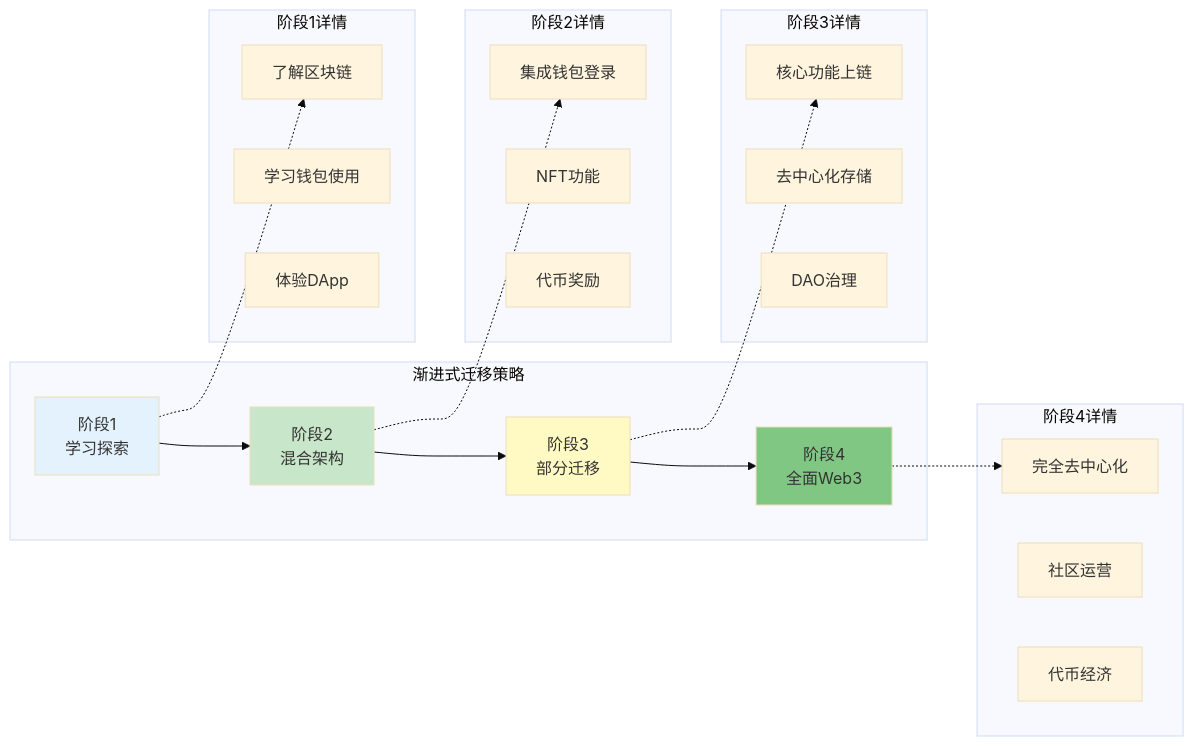
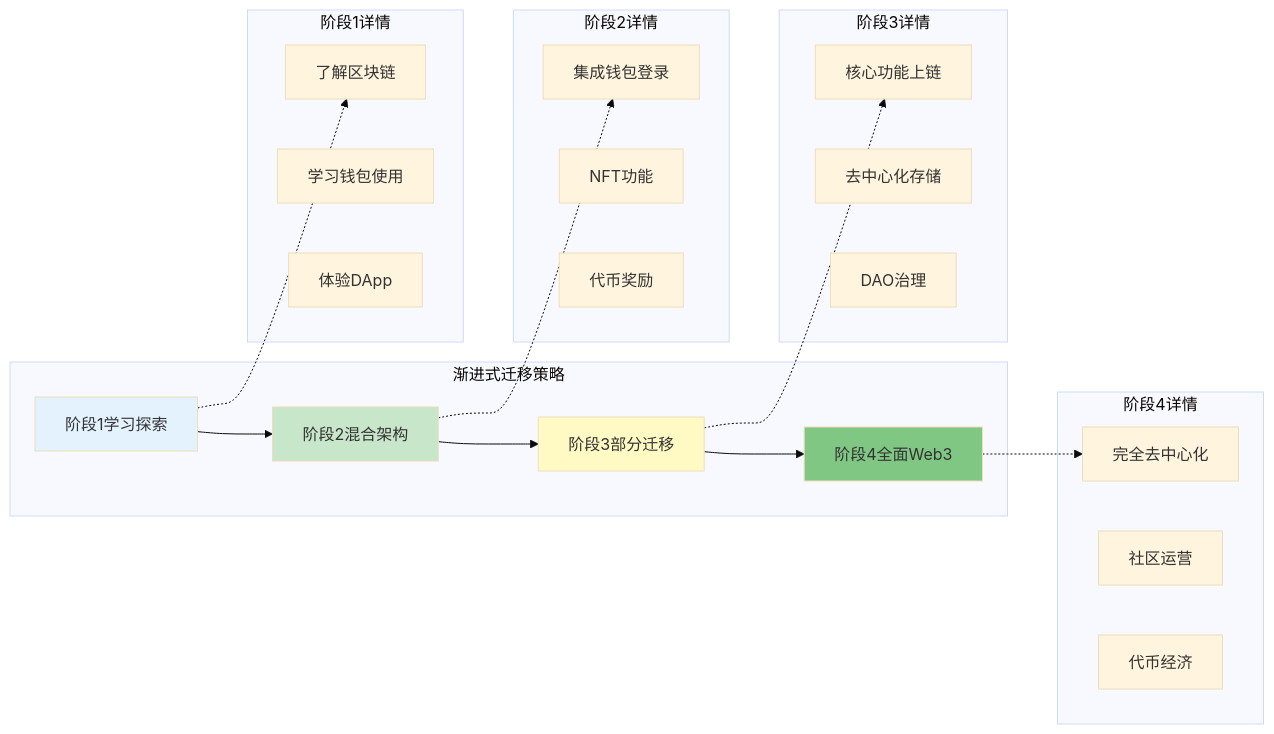
One commit to liuxing95/blog changed diagram 21 of 29 in src/content/posts/web3/web2-vs-web3.md. Above: the diagram before and after it, drawn with Mermaid (base theme). The commit also changed other lines of this file and 3 other files, not shown here.

````diff
--- a/src/content/posts/web3/web2-vs-web3.md
+++ b/src/content/posts/web3/web2-vs-web3.md
@@ -1031,45 +1006,45 @@
 ```mermaid
 graph LR
     subgraph "渐进式迁移策略"
-        Phase1[阶段1<br/>学习探索]
-        Phase2[阶段2<br/>混合架构]
-        Phase3[阶段3<br/>部分迁移]
-        Phase4[阶段4<br/>全面Web3]
+        Phase1[阶段1学习探索]
+        Phase2[阶段2混合架构]
+        Phase3[阶段3部分迁移]
+        Phase4[阶段4全面Web3]
 
         Phase1 --> Phase2 --> Phase3 --> Phase4
     end
 
     subgraph "阶段1详情"
         P1_1[了解区块链]
         P1_2[学习钱包使用]
         P1_3[体验DApp]
     end
 
     subgraph "阶段2详情"
         P2_1[集成钱包登录]
         P2_2[NFT功能]
         P2_3[代币奖励]
     end
 
     subgraph "阶段3详情"
         P3_1[核心功能上链]
         P3_2[去中心化存储]
         P3_3[DAO治理]
     end
 
     subgraph "阶段4详情"
         P4_1[完全去中心化]
         P4_2[社区运营]
         P4_3[代币经济]
     end
 
     Phase1 -.-> P1_1
     Phase2 -.-> P2_1
     Phase3 -.-> P3_1
     Phase4 -.-> P4_1
 
     style Phase1 fill:#e3f2fd
     style Phase2 fill:#c8e6c9
     style Phase3 fill:#fff9c4
     style Phase4 fill:#81c784
 ```
````
